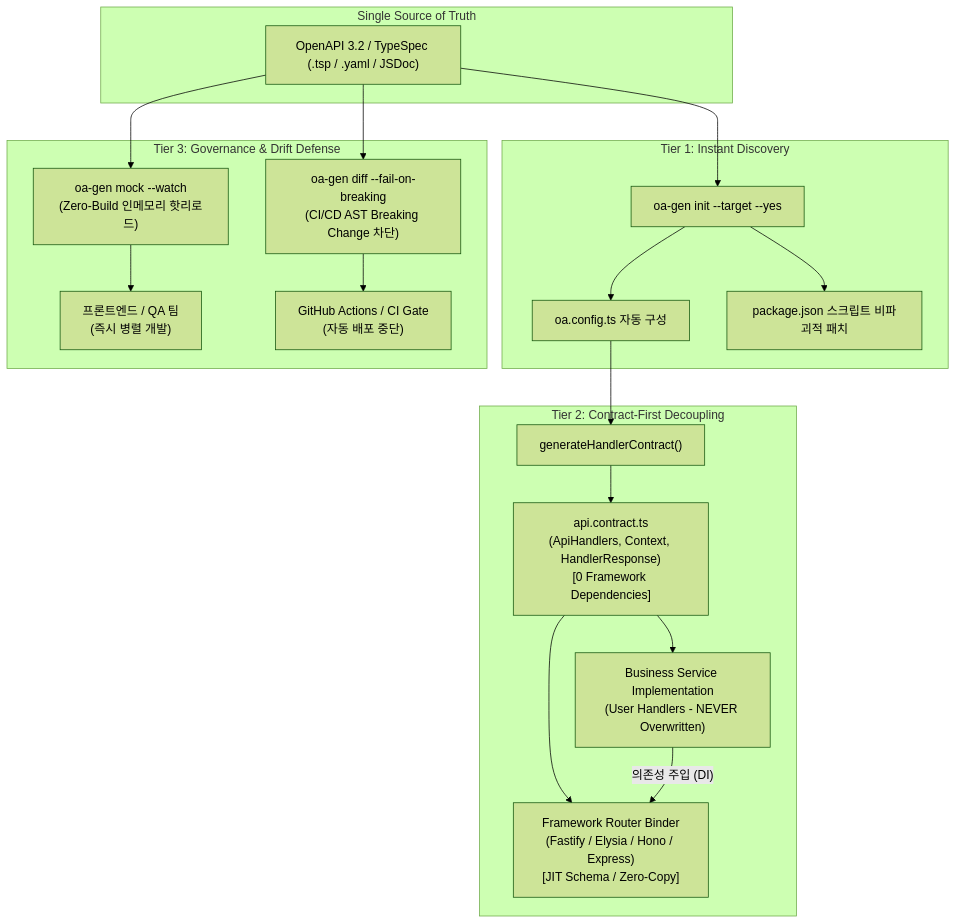
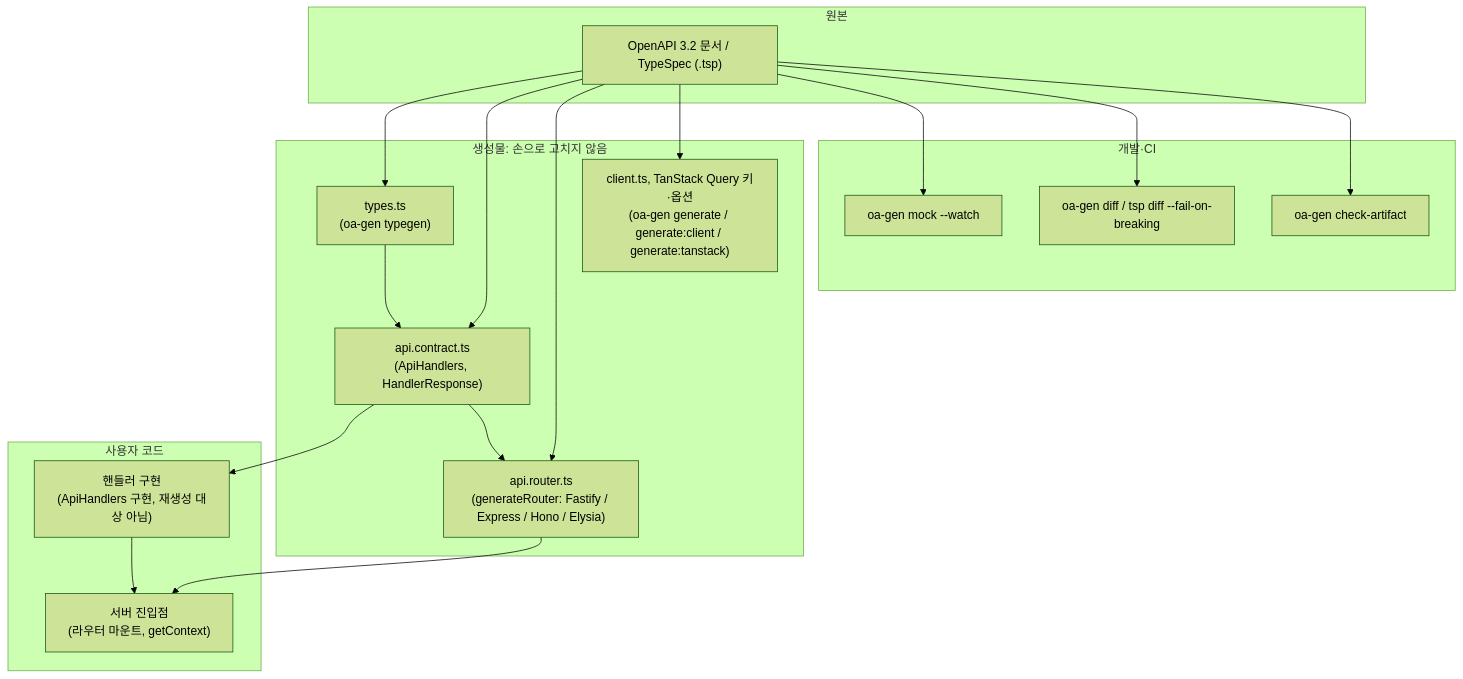
The diagram in docs/guides/onboarding-playbook.md (mineclover/oa-sdk), drawn with Mermaid (forest theme) before and after one commit. The commit also changed other lines of this file, not shown here.

````diff
--- a/docs/guides/onboarding-playbook.md
+++ b/docs/guides/onboarding-playbook.md
@@ -76,40 +44,37 @@
 ```mermaid
 flowchart TD
-    subgraph SSOT [Single Source of Truth]
-        Schema["OpenAPI 3.2 / TypeSpec (.tsp / .yaml / JSDoc)"]
+    subgraph Source [원본]
+        Schema["OpenAPI 3.2 문서 / TypeSpec (.tsp)"]
     end
 
-    subgraph Tier1 [Tier 1: Instant Discovery]
-        Init["oa-gen init --target <framework> --yes"]
-        Config["oa.config.ts 자동 구성"]
-        PkgPatch["package.json 스크립트 비파괴적 패치"]
-        Schema --> Init
-        Init --> Config
-        Init --> PkgPatch
+    subgraph Generated [생성물: 손으로 고치지 않음]
+        Types["types.ts\n(oa-gen typegen)"]
+        Contract["api.contract.ts\n(ApiHandlers, HandlerResponse)"]
+        Router["api.router.ts\n(generateRouter: Fastify / Express / Hono / Elysia)"]
+        Client["client.ts, TanStack Query 키·옵션\n(oa-gen generate / generate:client / generate:tanstack)"]
     end
 
-    subgraph Tier2 [Tier 2: Contract-First Decoupling]
-        ContractGen["generateHandlerContract()"]
-        PureContract["api.contract.ts\n(ApiHandlers, Context, HandlerResponse)\n[0 Framework Dependencies]"]
-        RouterBinder["Framework Router Binder\n(Fastify / Elysia / Hono / Express)\n[JIT Schema / Zero-Copy]"]
-        BusinessService["Business Service Implementation\n(User Handlers - NEVER Overwritten)"]
-
-        Config --> ContractGen
-        ContractGen --> PureContract
-        PureContract --> BusinessService
-        PureContract --> RouterBinder
-        BusinessService -->|"의존성 주입 (DI)"| RouterBinder
+    subgraph UserCode [사용자 코드]
+        Handlers["핸들러 구현\n(ApiHandlers 구현, 재생성 대상 아님)"]
+        Server["서버 진입점\n(라우터 마운트, getContext)"]
     end
 
-    subgraph Tier3 [Tier 3: Governance & Drift Defense]
-        LiveMock["oa-gen mock --watch\n(Zero-Build 인메모리 핫리로드)"]
-        DiffGate["oa-gen diff --fail-on-breaking\n(CI/CD AST Breaking Change 차단)"]
-        FrontendTeam["프론트엔드 / QA 팀\n(즉시 병렬 개발)"]
-        CIPipeline["GitHub Actions / CI Gate\n(자동 배포 중단)"]
+    subgraph Gates [개발·CI]
+        Mock["oa-gen mock --watch"]
+        Diff["oa-gen diff / tsp diff --fail-on-breaking"]
+        Fresh["oa-gen check-artifact"]
+    end
 
-        Schema --> LiveMock
-        Schema --> DiffGate
-        LiveMock --> FrontendTeam
-        DiffGate --> CIPipeline
-    end
+    Schema --> Types
+    Schema --> Contract
+    Schema --> Router
+    Schema --> Client
+    Types --> Contract
+    Contract --> Handlers
+    Contract --> Router
+    Handlers --> Server
+    Router --> Server
+    Schema --> Mock
+    Schema --> Diff
+    Schema --> Fresh
 ```
````
